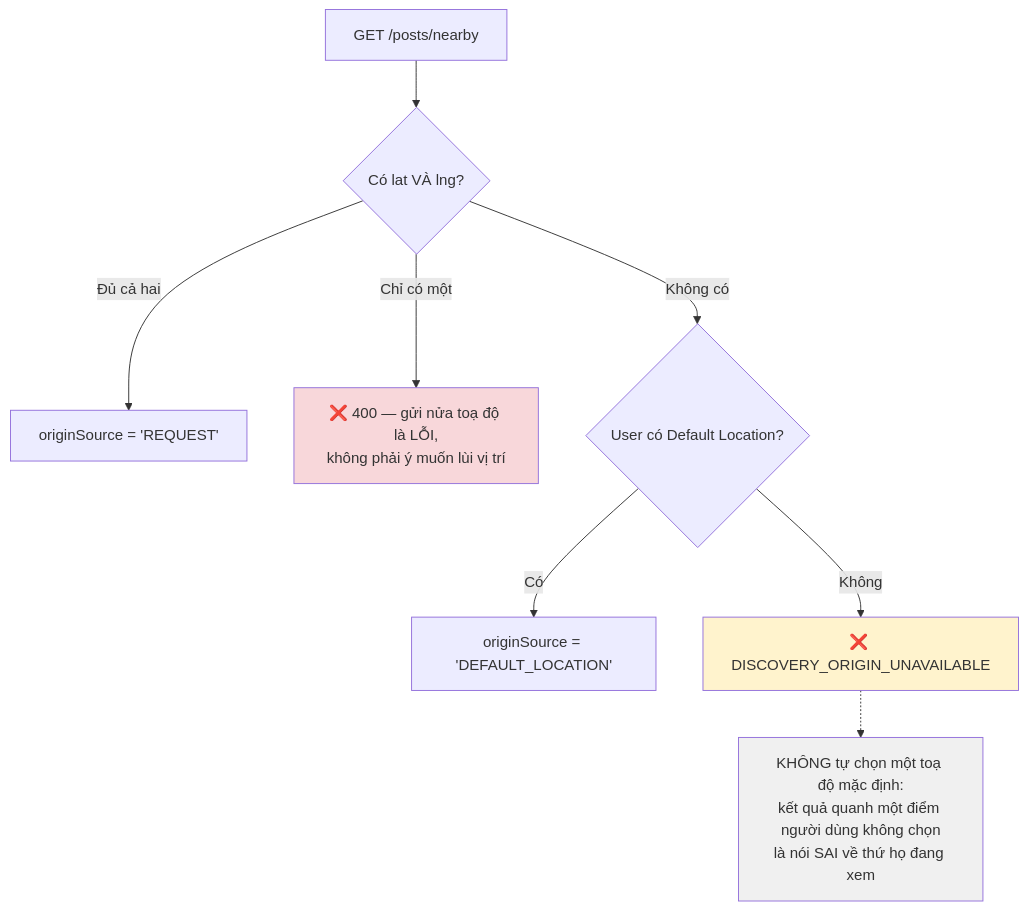
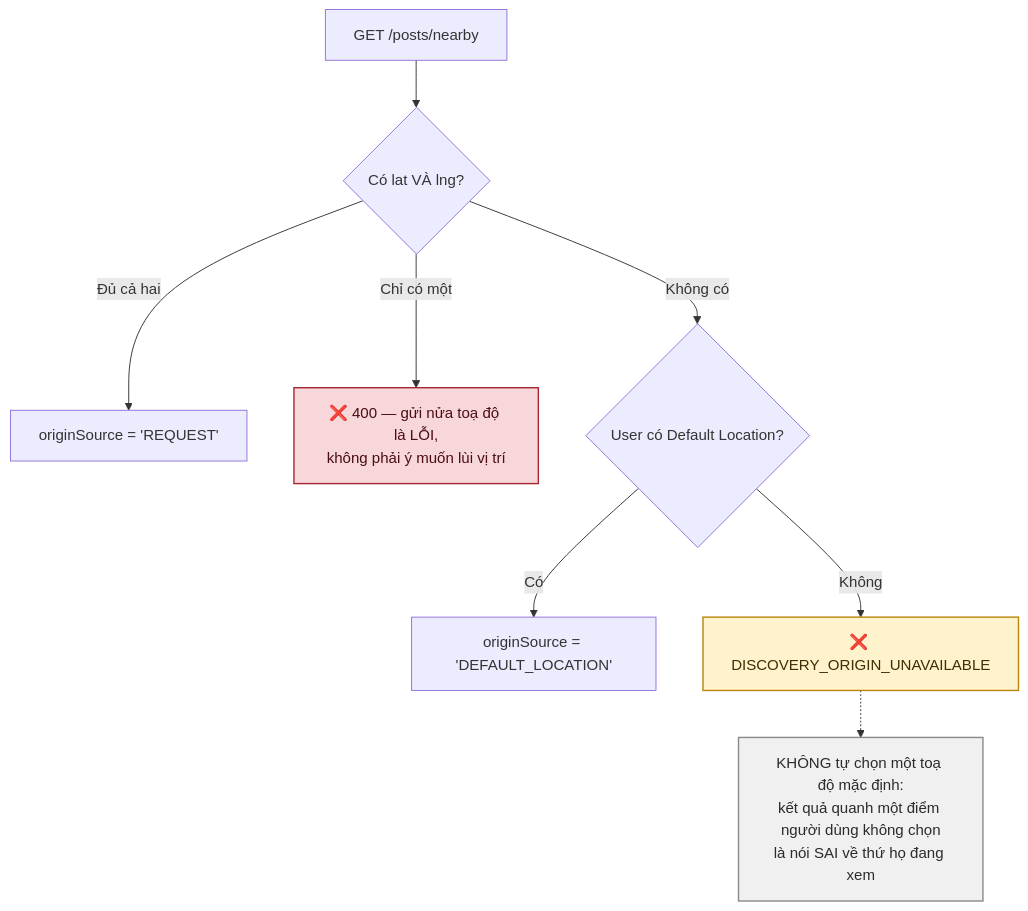
Before and after one commit to fdshn/trueheart: the second of 5 diagrams in docs/diagram/25-location-privacy.md, drawn with Mermaid. The commit also changed other lines of this file and 30 other files, not shown here.

First line of the commit message:
docs(diagram): chữ trong khối tô màu đọc được ở cả giao diện sáng và tối

````diff
--- a/docs/diagram/25-location-privacy.md
+++ b/docs/diagram/25-location-privacy.md
@@ -32,15 +32,15 @@
 ```mermaid
 flowchart TD
     A["GET /posts/nearby"] --> B{Có lat VÀ lng?}
     B -->|Đủ cả hai| C["originSource = 'REQUEST'"]
     B -->|Chỉ có một| D["❌ 400 — gửi nửa toạ độ là LỖI,<br/>không phải ý muốn lùi vị trí"]
     B -->|Không có| E{User có Default Location?}
     E -->|Có| F["originSource = 'DEFAULT_LOCATION'"]
     E -->|Không| G["❌ DISCOVERY_ORIGIN_UNAVAILABLE"]
 
     G -.-> H["KHÔNG tự chọn một toạ độ mặc định:<br/>kết quả quanh một điểm người dùng không chọn<br/>là nói SAI về thứ họ đang xem"]
 
-    style D fill:#f8d7da
-    style G fill:#fff3cd
-    style H fill:#f0f0f0
+    style D fill:#f8d7da,stroke:#a52834,stroke-width:1.5px,color:#4a0d13
+    style G fill:#fff3cd,stroke:#b8860b,stroke-width:1.5px,color:#3d2f00
+    style H fill:#f0f0f0,stroke:#8a8a8a,stroke-width:1.5px,color:#2b2b2b
 ```
````
